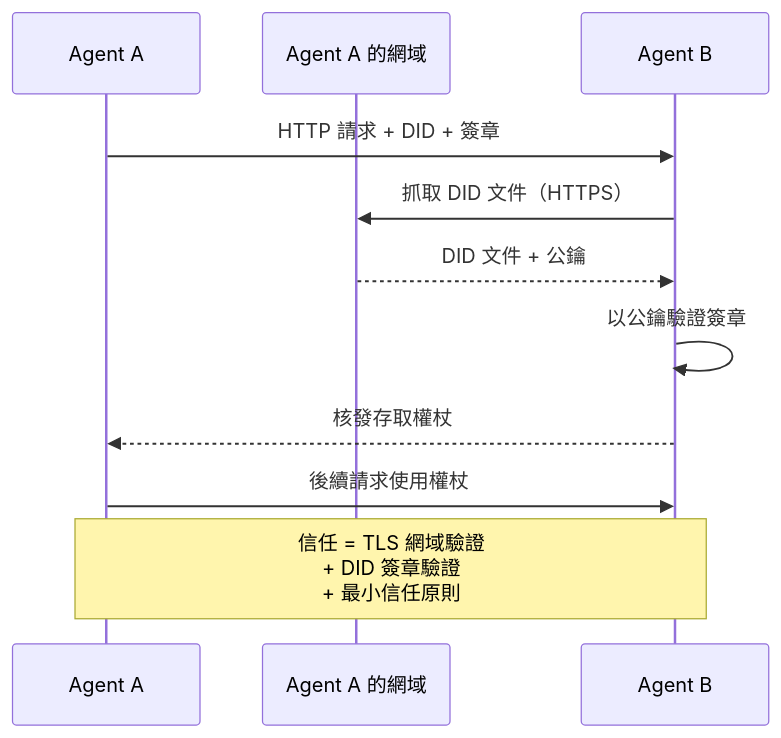
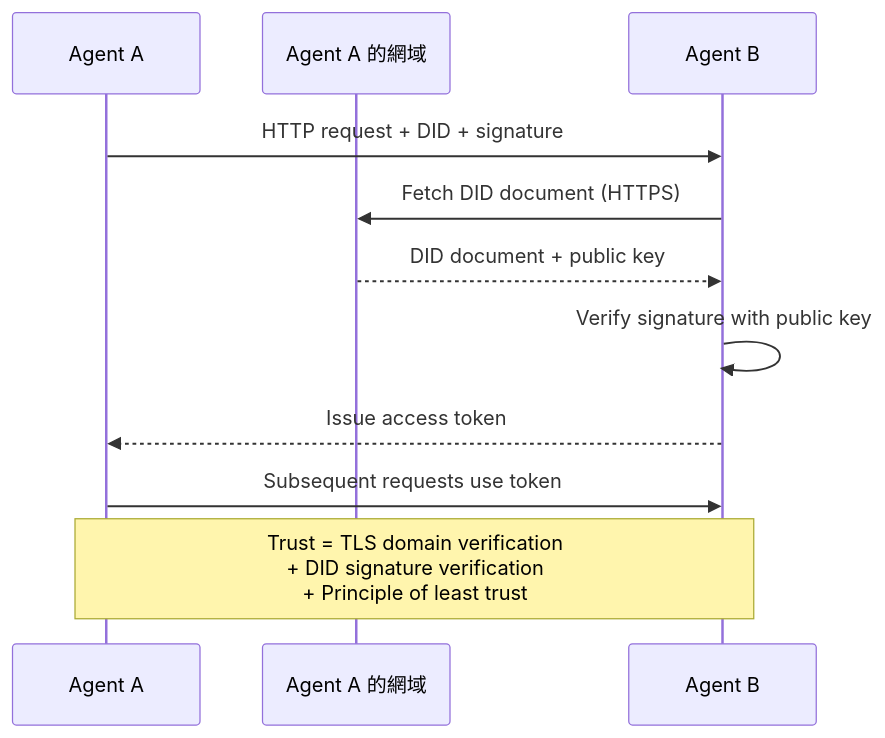
The ninth of 13 diagrams in i18n/zh-TW/phases/16-multi-agent-and-swarms/03-communication-protocols/docs/zh-TW.md (edward821220/ai-engineering-from-scratch), drawn with Mermaid before and after one commit. The commit also changed other lines of this file and 3 other files, not shown here.

Commit message:
fix(i18n): zh-TW p16 checker cleanup (mermaid edges + URL spans)

````diff
--- a/i18n/zh-TW/phases/16-multi-agent-and-swarms/03-communication-protocols/docs/zh-TW.md
+++ b/i18n/zh-TW/phases/16-multi-agent-and-swarms/03-communication-protocols/docs/zh-TW.md
@@ -474,14 +474,14 @@
 ```mermaid
 sequenceDiagram
     participant A as Agent A
     participant Domain as Agent A 的網域
     participant B as Agent B
 
-    A->>B: HTTP 請求 + DID + 簽章
-    B->>Domain: 抓取 DID 文件（HTTPS）
-    Domain-->>B: DID 文件 + 公鑰
-    B->>B: 以公鑰驗證簽章
-    B-->>A: 核發存取權杖
-    A->>B: 後續請求使用權杖
-    Note over A,B: 信任 = TLS 網域驗證<br/>+ DID 簽章驗證<br/>+ 最小信任原則
+    A->>B: HTTP request + DID + signature
+    B->>Domain: Fetch DID document (HTTPS)
+    Domain-->>B: DID document + public key
+    B->>B: Verify signature with public key
+    B-->>A: Issue access token
+    A->>B: Subsequent requests use token
+    Note over A,B: Trust = TLS domain verification<br/>+ DID signature verification<br/>+ Principle of least trust
 ```
````
